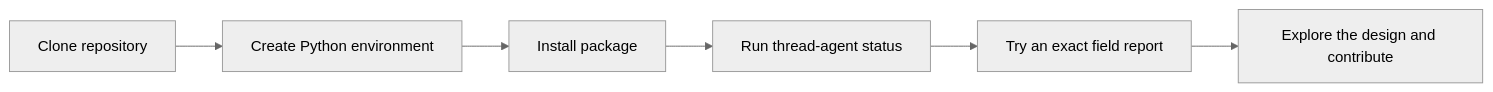
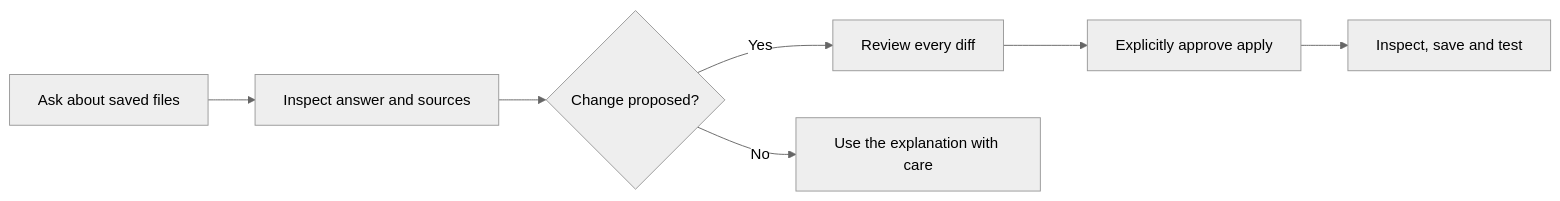
The diagram in README.md (KrishnendraPrakash/thread), drawn with Mermaid (neutral theme) before and after one commit. The commit also changed other lines of this file and 5 other files, not shown here.

````diff
--- a/README.md
+++ b/README.md
@@ -96,8 +78,9 @@
 ```mermaid
 flowchart LR
-    clone["Clone repository"] --> env["Create Python environment"]
-    env --> install["Install package"]
-    install --> status["Run thread-agent status"]
-    status --> lookup["Try an exact field report"]
-    lookup --> explore["Explore the design and contribute"]
+    A["Ask about saved files"] --> B["Inspect answer and sources"]
+    B --> C{"Change proposed?"}
+    C -->|Yes| D["Review every diff"]
+    D --> E["Explicitly approve apply"]
+    E --> F["Inspect, save and test"]
+    C -->|No| G["Use the explanation with care"]
 ```
````
